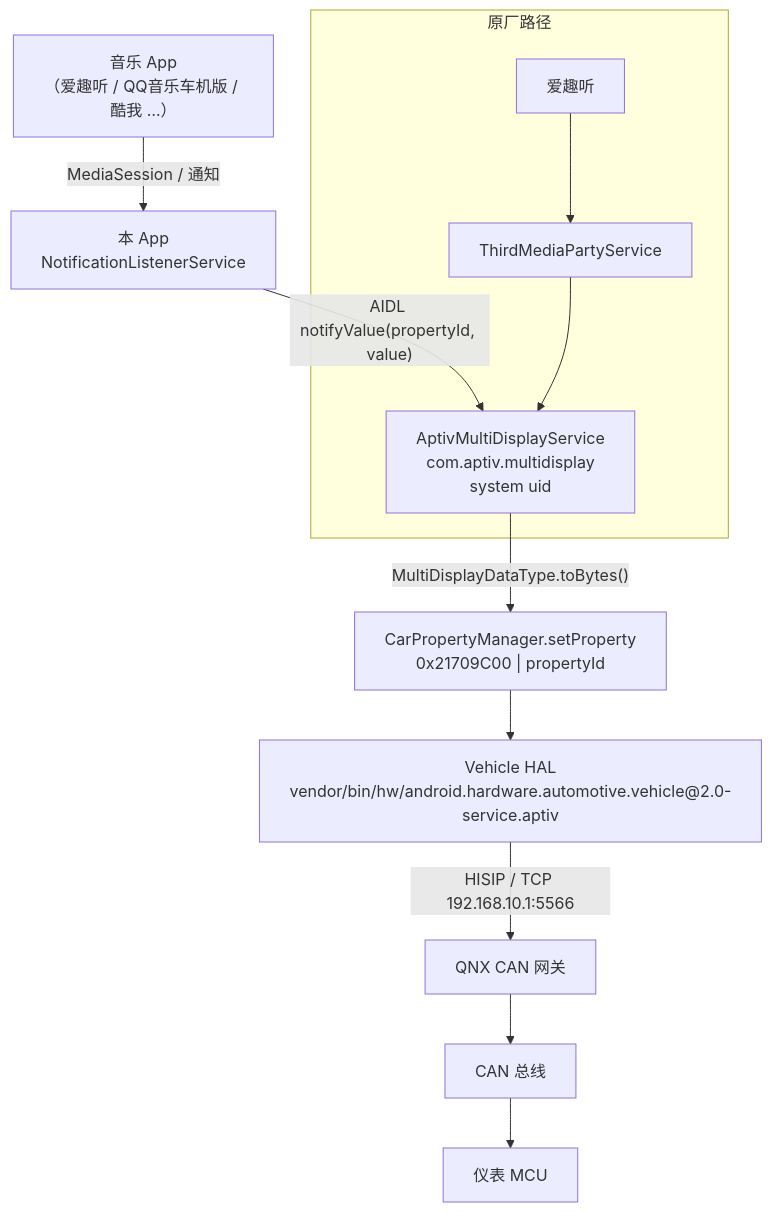
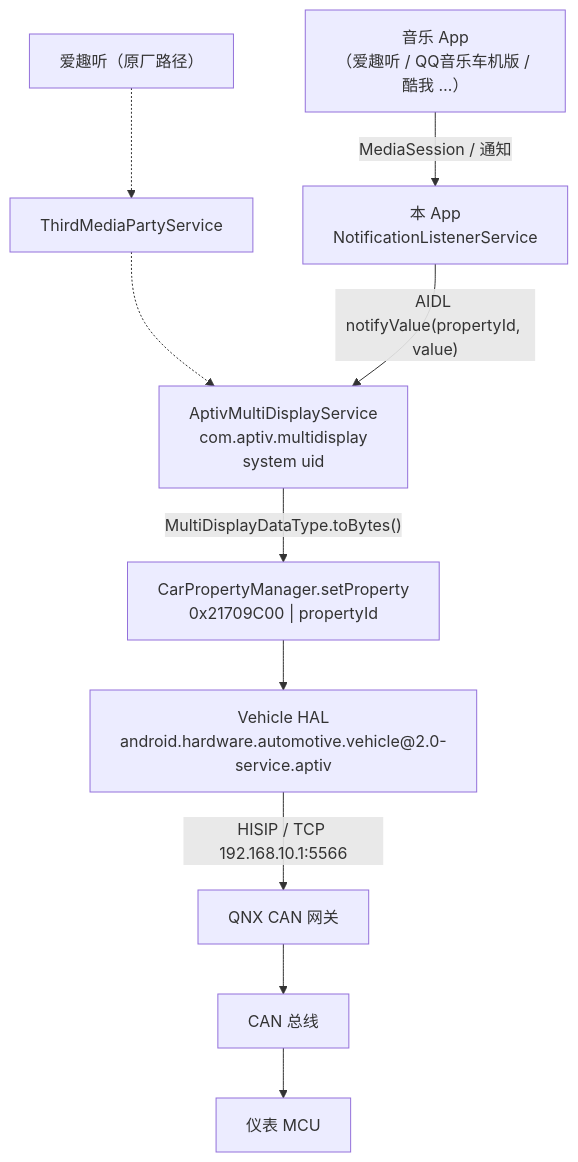
Before and after one commit to yyn0210/haval-h6-cluster-media: the diagram in docs/architecture.md, drawn with Mermaid. The commit also changed 3 other files, not shown here.

Commit message:
docs: 修正 CI packages 传参与架构图，build.sh 加可执行位

````diff
--- a/docs/architecture.md
+++ b/docs/architecture.md
@@ -11,14 +11,11 @@
 ```mermaid
 flowchart TD
     A["音乐 App<br/>（爱趣听 / QQ音乐车机版 / 酷我 …）"] -->|MediaSession / 通知| B["本 App<br/>NotificationListenerService"]
+    A2["爱趣听（原厂路径）"] -.-> B2["ThirdMediaPartyService"] -.-> C
     B -->|"AIDL notifyValue(propertyId, value)"| C["AptivMultiDisplayService<br/>com.aptiv.multidisplay<br/>system uid"]
     C -->|"MultiDisplayDataType.toBytes()"| D["CarPropertyManager.setProperty<br/>0x21709C00 | propertyId"]
-    D --> E["Vehicle HAL<br/>vendor/bin/hw/android.hardware.automotive.vehicle@2.0-service.aptiv"]
+    D --> E["Vehicle HAL<br/>android.hardware.automotive.vehicle@2.0-service.aptiv"]
     E -->|"HISIP / TCP 192.168.10.1:5566"| F["QNX CAN 网关"]
     F --> G["CAN 总线"]
     G --> H["仪表 MCU"]
-
-    subgraph 原厂路径
-        A2["爱趣听"] --> B2["ThirdMediaPartyService"] --> C
-    end
 ```
````
